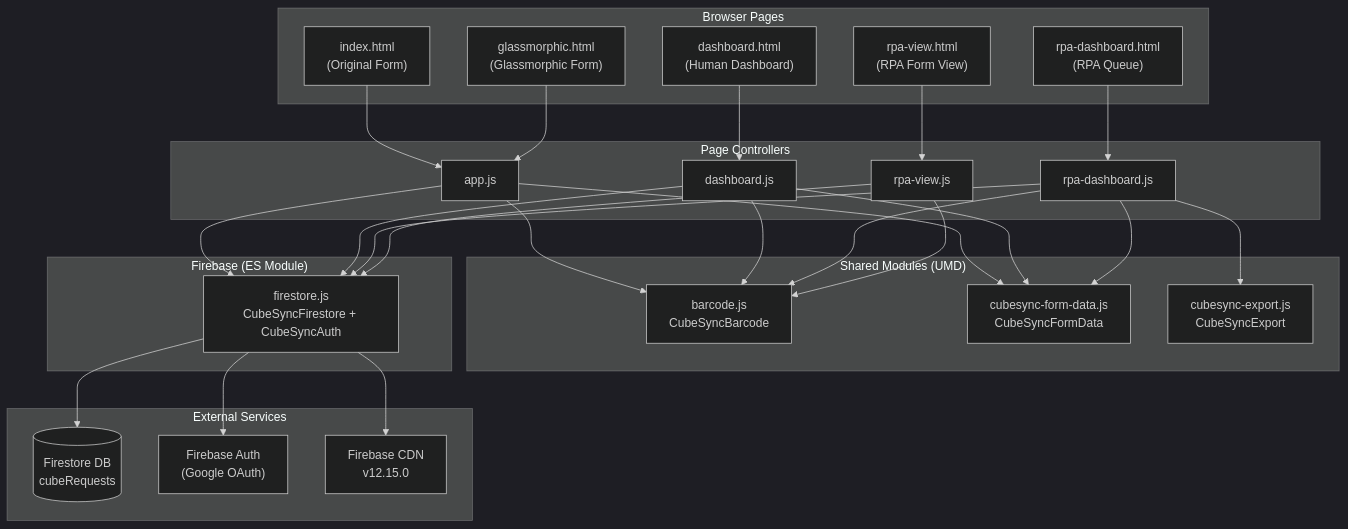
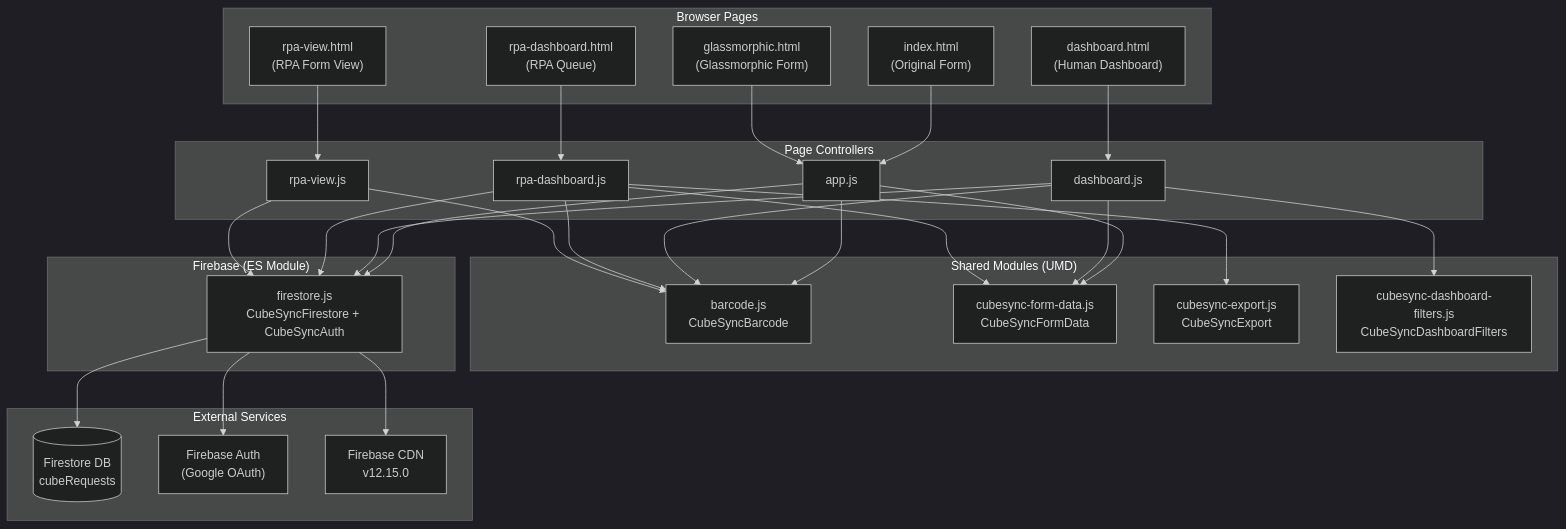
One commit to Yanguangchen/CubeSync changed the first of 11 diagrams in documentation/architecture.md. Above: the diagram before and after it, drawn with Mermaid (dark theme). The commit also changed other lines of this file and 12 other files, not shown here.

````diff
--- a/documentation/architecture.md
+++ b/documentation/architecture.md
@@ -11,56 +11,58 @@
 ```mermaid
 graph TB
     subgraph Browser["Browser Pages"]
         IDX["index.html<br/>(Original Form)"]
         GLM["glassmorphic.html<br/>(Glassmorphic Form)"]
         DSH["dashboard.html<br/>(Human Dashboard)"]
         RPA["rpa-dashboard.html<br/>(RPA Queue)"]
         RPV["rpa-view.html<br/>(RPA Form View)"]
     end
 
     subgraph Controllers["Page Controllers"]
         APP["app.js"]
         DSHJS["dashboard.js"]
         RPAJS["rpa-dashboard.js"]
         RPVJS["rpa-view.js"]
     end
 
     subgraph SharedModules["Shared Modules (UMD)"]
         BC["barcode.js<br/>CubeSyncBarcode"]
         FD["cubesync-form-data.js<br/>CubeSyncFormData"]
         EX["cubesync-export.js<br/>CubeSyncExport"]
+        DF["cubesync-dashboard-filters.js<br/>CubeSyncDashboardFilters"]
     end
 
     subgraph Firebase["Firebase (ES Module)"]
         FS["firestore.js<br/>CubeSyncFirestore + CubeSyncAuth"]
     end
 
     subgraph External["External Services"]
         FDB[("Firestore DB<br/>cubeRequests")]
         AUTH["Firebase Auth<br/>(Google OAuth)"]
         CDN["Firebase CDN<br/>v12.15.0"]
     end
 
     IDX --> APP
     GLM --> APP
     DSH --> DSHJS
     RPA --> RPAJS
     RPV --> RPVJS
 
     APP --> BC
     APP --> FD
     APP --> FS
     DSHJS --> BC
     DSHJS --> FD
+    DSHJS --> DF
     DSHJS --> FS
     RPAJS --> BC
     RPAJS --> FD
     RPAJS --> EX
     RPAJS --> FS
     RPVJS --> BC
     RPVJS --> FS
 
     FS --> CDN
     FS --> FDB
     FS --> AUTH
 ```
````
